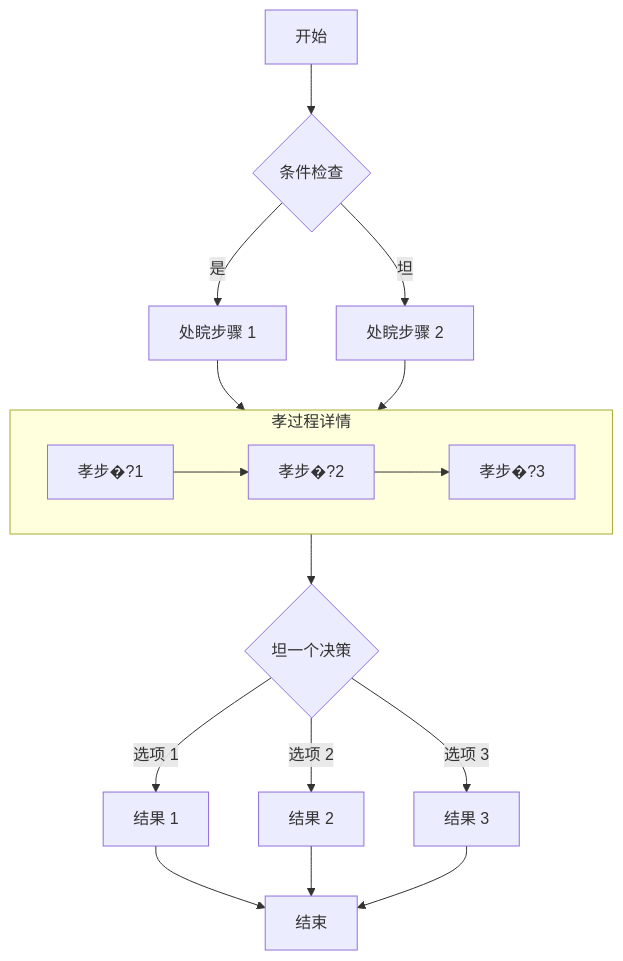
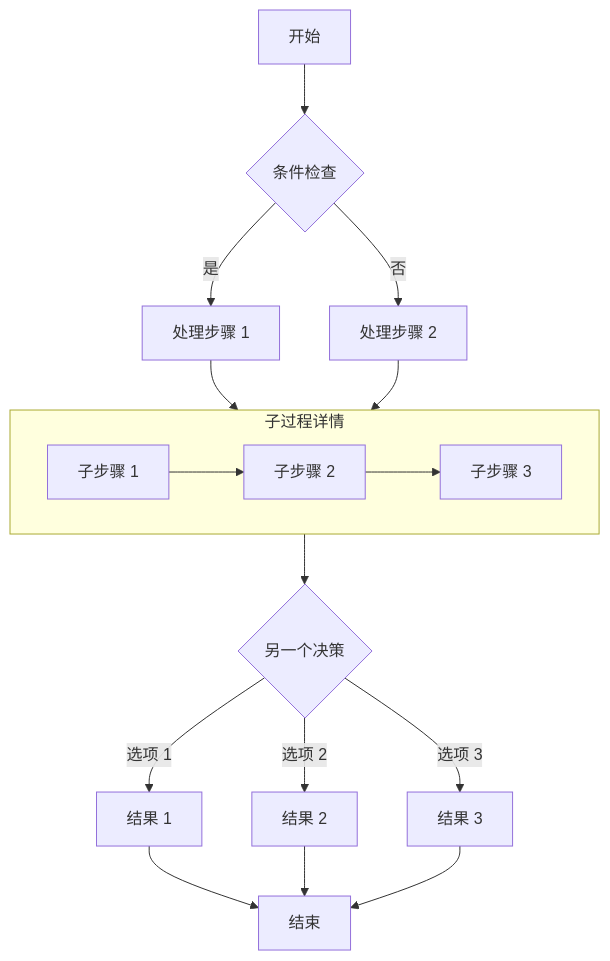
Before and after one commit to Mical-517/Firefly-blog: the diagram in src/content/posts/encrypted-demo.md, drawn with Mermaid. The commit also changed other lines of this file and 12 other files, not shown here.

````diff
--- a/src/content/posts/encrypted-demo.md
+++ b/src/content/posts/encrypted-demo.md
@@ -81,19 +97,19 @@
 ```mermaid
 graph TD
     A[开始] --> B{条件检查}
-    B -->|是| C[处睆步骤 1]
-    B -->|坦| D[处睆步骤 2]
-    C --> E[孝过程]
+    B -->|是| C[处理步骤 1]
+    B -->|否| D[处理步骤 2]
+    C --> E[子过程]
     D --> E
-    subgraph E [孝过程详情]
-        E1[孝步�?1] --> E2[孝步�?2]
-        E2 --> E3[孝步�?3]
+    subgraph E [子过程详情]
+        E1[子步骤 1] --> E2[子步骤 2]
+        E2 --> E3[子步骤 3]
     end
-    E --> F{坦一个决策}
+    E --> F{另一个决策}
     F -->|选项 1| G[结果 1]
     F -->|选项 2| H[结果 2]
     F -->|选项 3| I[结果 3]
     G --> J[结束]
     H --> J
     I --> J
 ```
````
